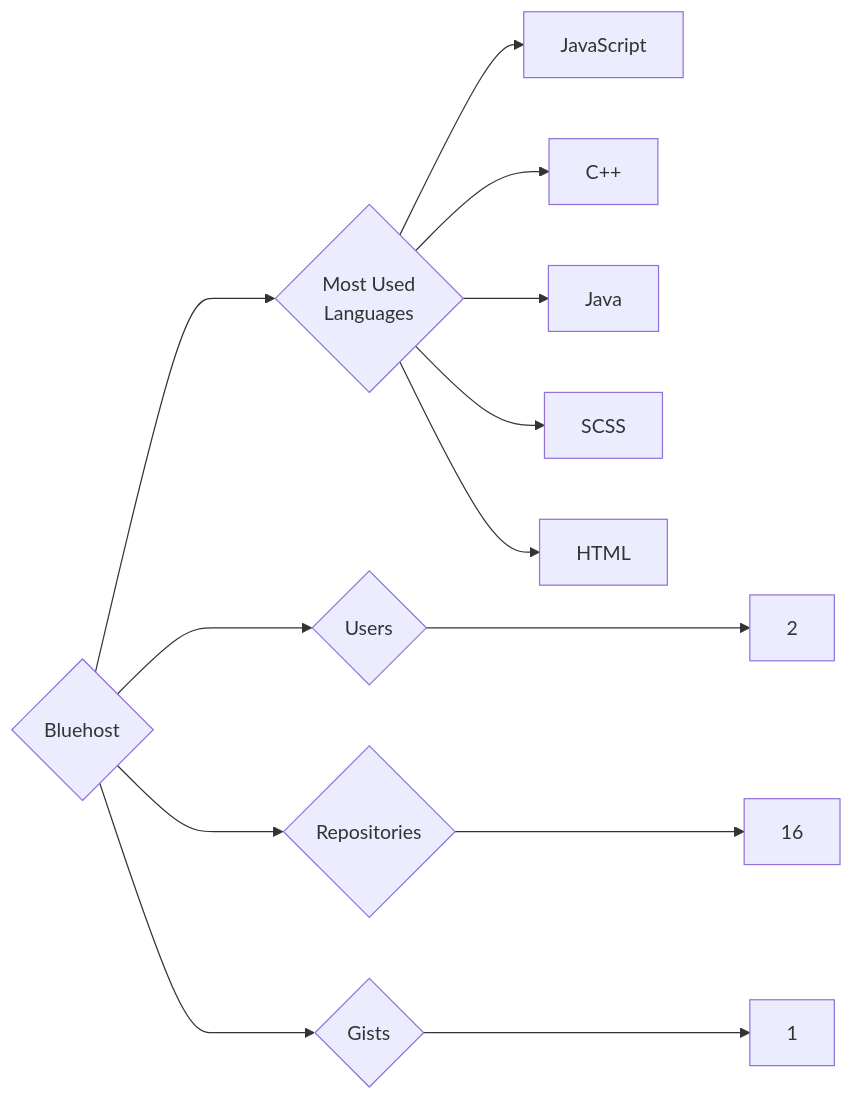
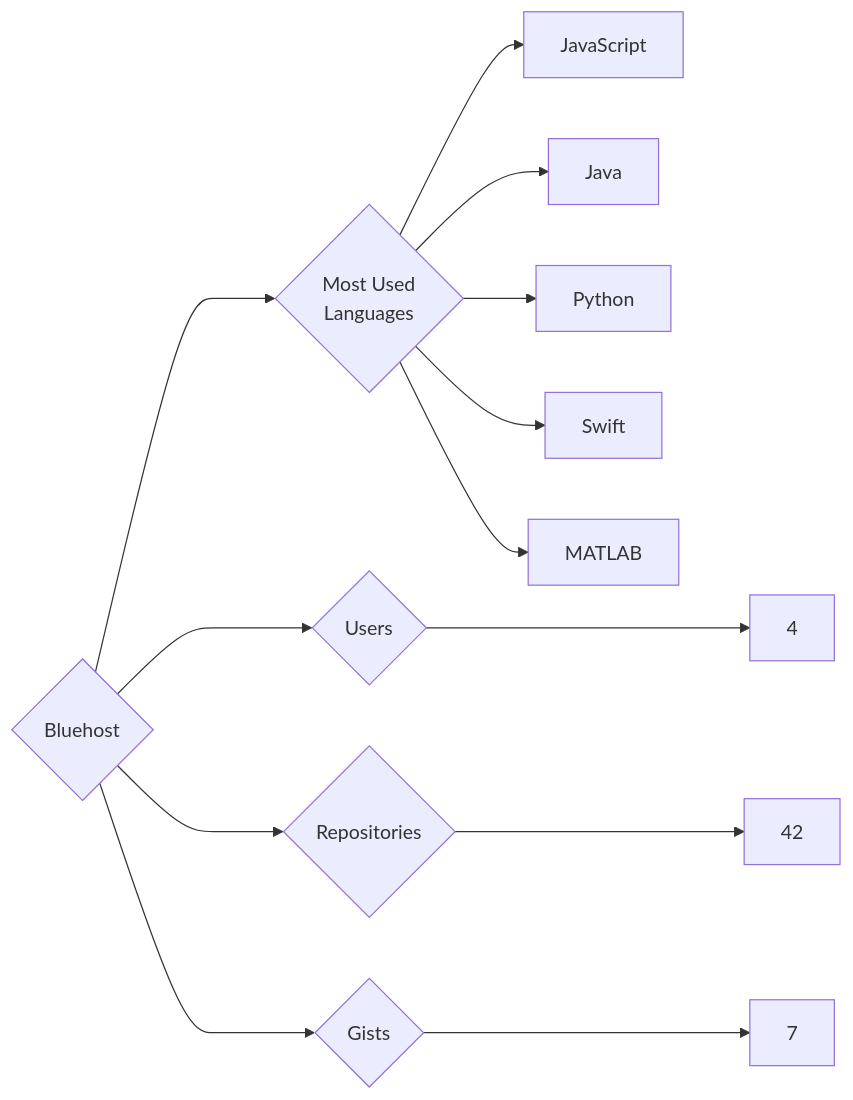
One commit to trickest/insiders changed the diagram in targets/Bluehost/README.md. Above: the diagram before and after it, drawn with Mermaid. The commit also changed 1036 other files, not shown here.

````diff
--- a/targets/Bluehost/README.md
+++ b/targets/Bluehost/README.md
@@ -3,13 +3,13 @@
 ```mermaid
 graph LR
 COMPANY_NAME{Bluehost}
-COMPANY_NAME ---> U{Users} ---> UN[2]
-COMPANY_NAME ---> R{Repositories} ---> RN[16]
-COMPANY_NAME ---> G{Gists} ---> GN[1]
+COMPANY_NAME ---> U{Users} ---> UN[4]
+COMPANY_NAME ---> R{Repositories} ---> RN[42]
+COMPANY_NAME ---> G{Gists} ---> GN[7]
 COMPANY_NAME ---> ML{Most Used<br>Languages}
 ML --> JavaScript[JavaScript]
-ML --> C++[C++]
 ML --> Java[Java]
-ML --> SCSS[SCSS]
-ML --> HTML[HTML]
+ML --> Python[Python]
+ML --> Swift[Swift]
+ML --> MATLAB[MATLAB]
 ```
````
